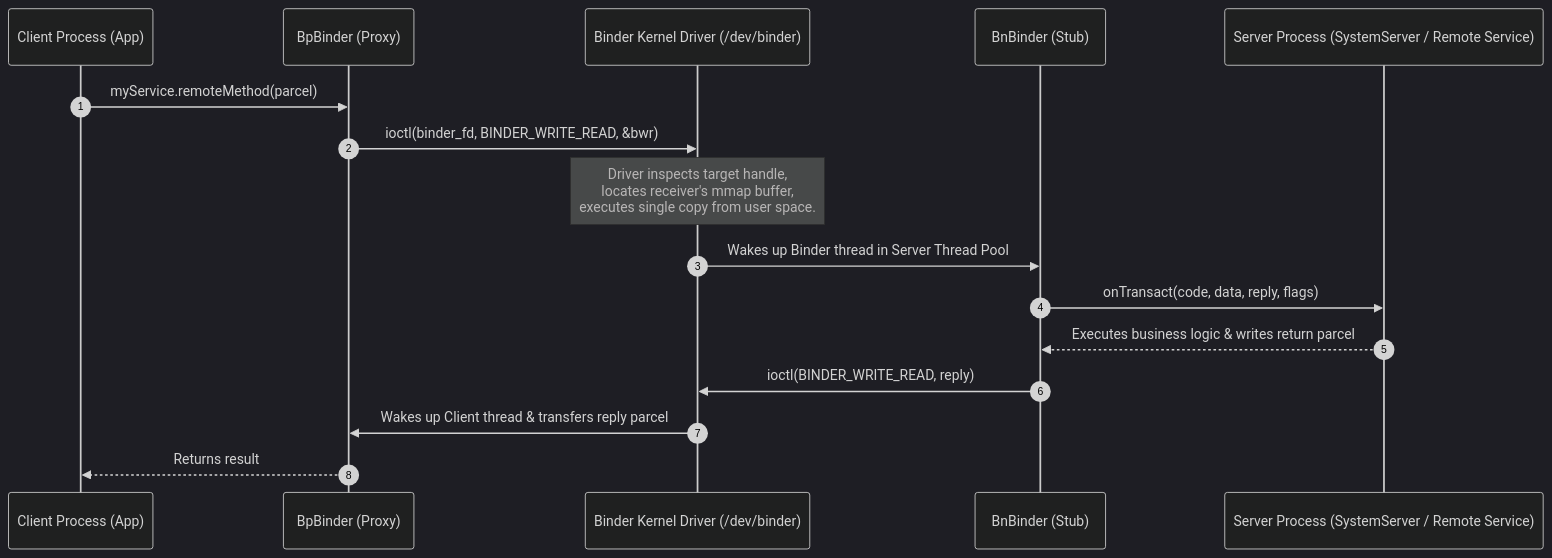
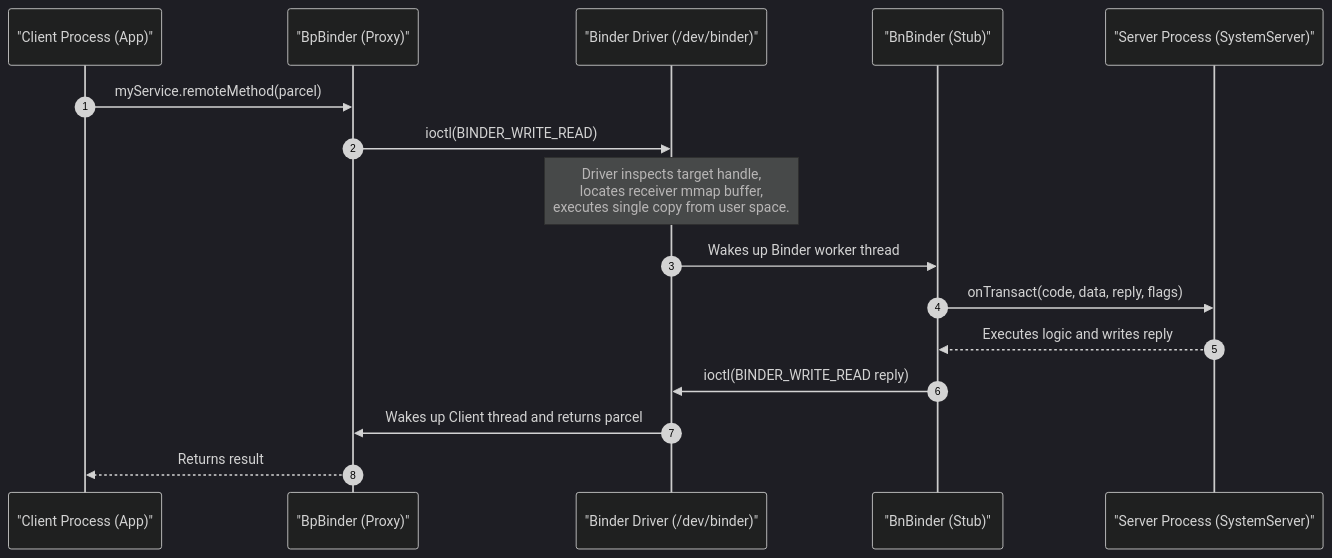
The second of 4 diagrams in engineering/growth-and-internals/04_Android_Binder_IPC_and_ART_Internals.md (vennamprasad/awesome-mobile-interviews), drawn with Mermaid (dark theme) before and after one commit. The commit also changed other lines of this file and 7 other files, not shown here.

Commit message:
fix(growth-and-internals): resolve Mermaid diagram syntax and quoting for GitHub rich display

````diff
--- a/engineering/growth-and-internals/04_Android_Binder_IPC_and_ART_Internals.md
+++ b/engineering/growth-and-internals/04_Android_Binder_IPC_and_ART_Internals.md
@@ -43,19 +43,19 @@
 ```mermaid
 sequenceDiagram
     autonumber
-    participant Client as Client Process (App)
-    participant Bp as BpBinder (Proxy)
-    participant Driver as Binder Kernel Driver (/dev/binder)
-    participant Bn as BnBinder (Stub)
-    participant Server as Server Process (SystemServer / Remote Service)
+    participant Client as "Client Process (App)"
+    participant Bp as "BpBinder (Proxy)"
+    participant Driver as "Binder Driver (/dev/binder)"
+    participant Bn as "BnBinder (Stub)"
+    participant Server as "Server Process (SystemServer)"
 
     Client->>Bp: myService.remoteMethod(parcel)
-    Bp->>Driver: ioctl(binder_fd, BINDER_WRITE_READ, &bwr)
-    Note over Driver: Driver inspects target handle,<br/>locates receiver's mmap buffer,<br/>executes single copy from user space.
-    Driver->>Bn: Wakes up Binder thread in Server Thread Pool
+    Bp->>Driver: ioctl(BINDER_WRITE_READ)
+    Note over Driver: Driver inspects target handle,<br/>locates receiver mmap buffer,<br/>executes single copy from user space.
+    Driver->>Bn: Wakes up Binder worker thread
     Bn->>Server: onTransact(code, data, reply, flags)
-    Server-->>Bn: Executes business logic & writes return parcel
-    Bn->>Driver: ioctl(BINDER_WRITE_READ, reply)
-    Driver->>Bp: Wakes up Client thread & transfers reply parcel
+    Server-->>Bn: Executes logic and writes reply
+    Bn->>Driver: ioctl(BINDER_WRITE_READ reply)
+    Driver->>Bp: Wakes up Client thread and returns parcel
     Bp-->>Client: Returns result
 ```
````
